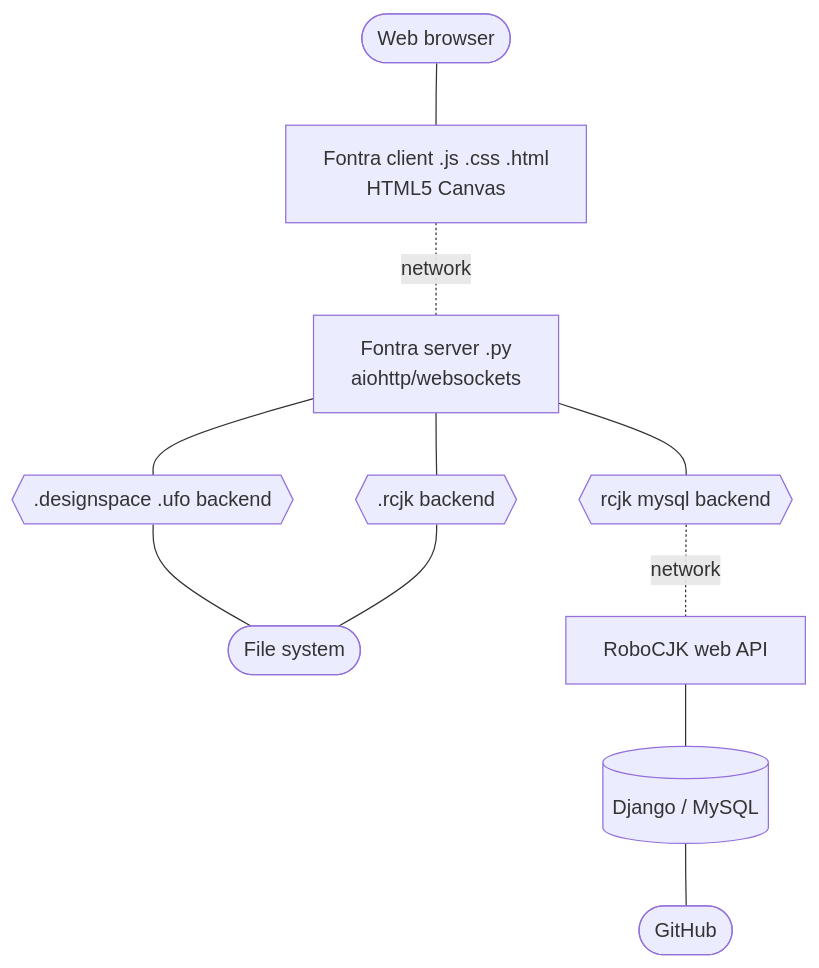
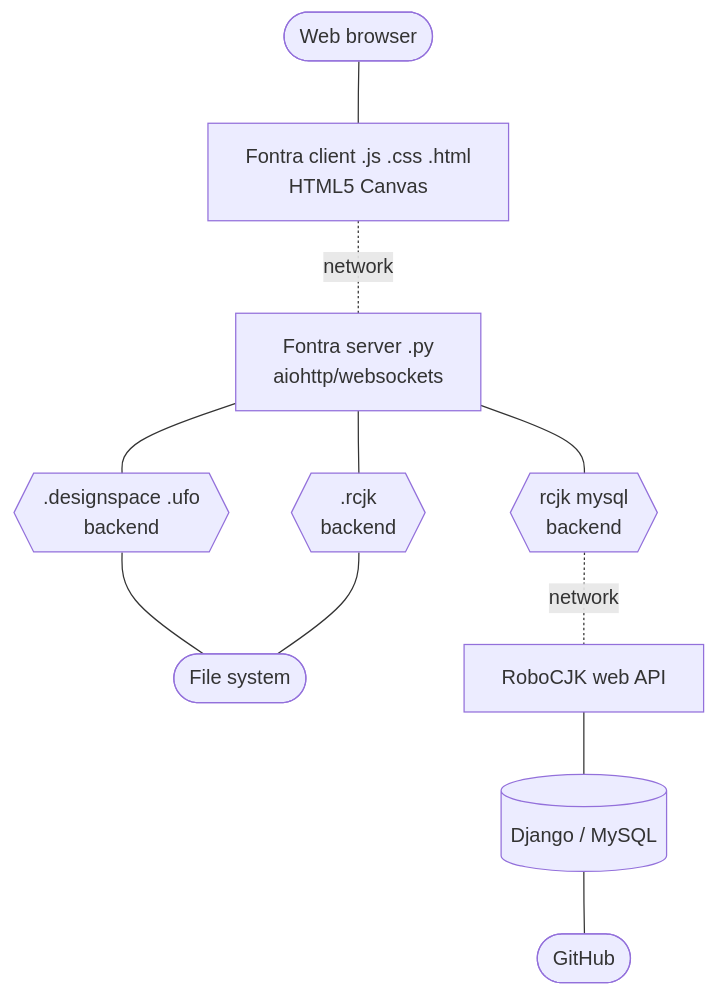
The first of 2 diagrams in docs/code-diagrams.md (googlefonts/fontra), drawn with Mermaid before and after one commit.

Commit message:
Fiddle with line breaks

````diff
--- a/docs/code-diagrams.md
+++ b/docs/code-diagrams.md
@@ -3,13 +3,13 @@
 ```mermaid
 flowchart
   browser([Web browser])---client[Fontra client .js .css .html<br>HTML5 Canvas]
   client-.network.-server[Fontra server .py<br>aiohttp/websockets]
-  server---ds{{.designspace .ufo backend}}
-  server---rcjk{{.rcjk backend}}
-  server---rcjk_mysql{{rcjk mysql backend}}
+  server---ds{{.designspace .ufo<br>backend}}
+  server---rcjk{{.rcjk<br>backend}}
+  server---rcjk_mysql{{rcjk mysql<br>backend}}
   ds---fs([File system])
   rcjk---fs
   rcjk_mysql-.network.-rcjk_server[RoboCJK web API]
   rcjk_server---django[(Django / MySQL)]
   django---git([GitHub])
 ```
````
